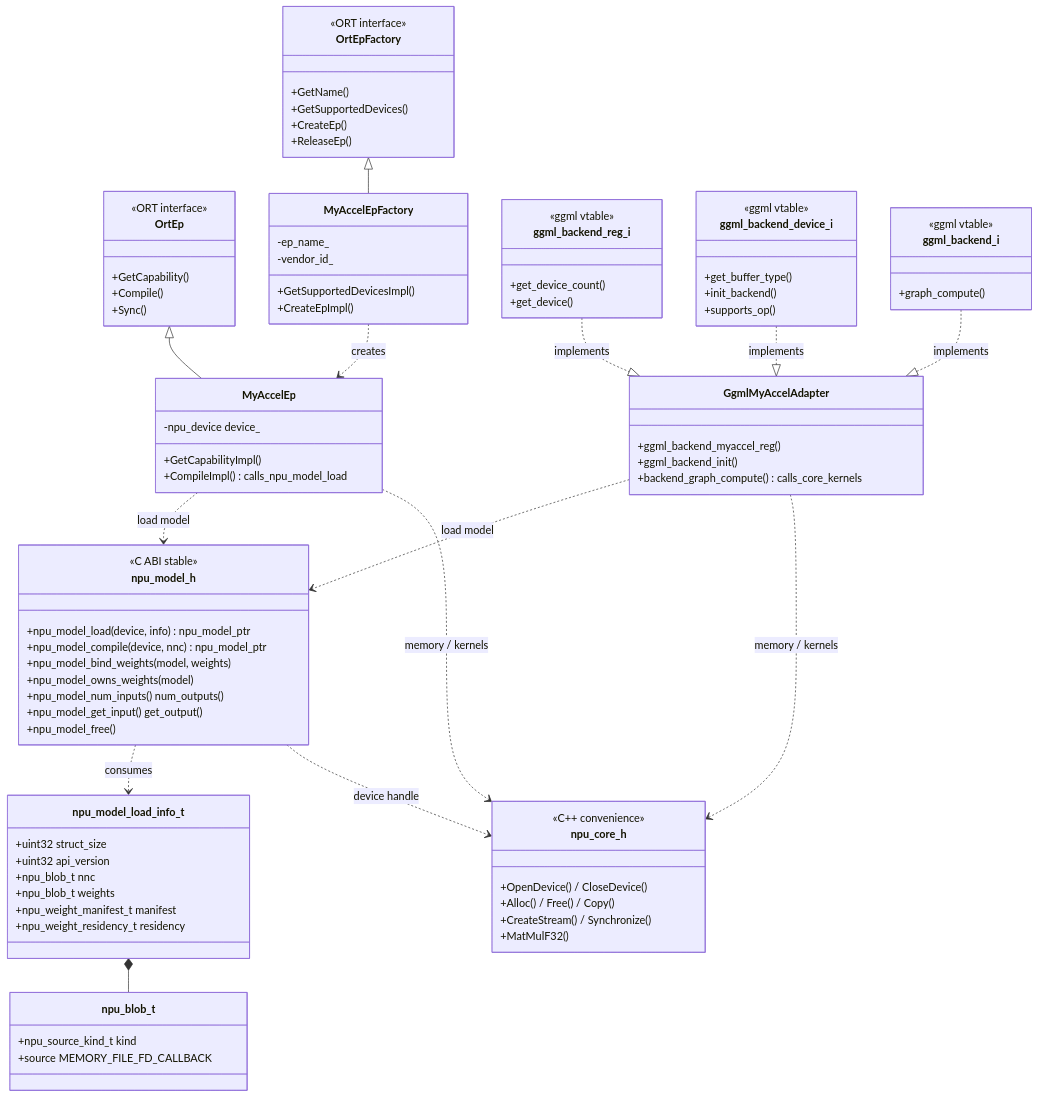
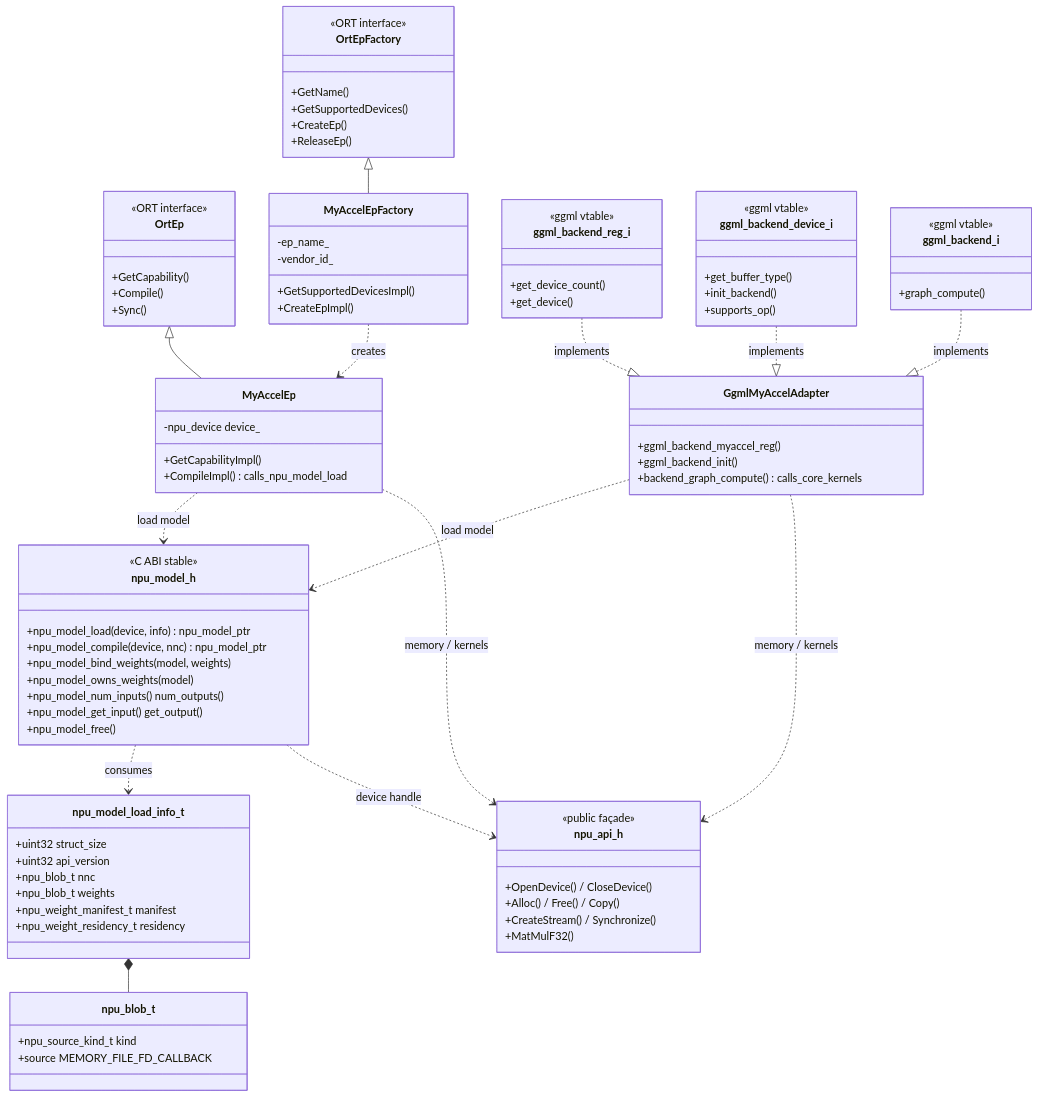
The second of 6 diagrams in shared_backend/docs/design.md (froginaz/onnxruntime), drawn with Mermaid before and after one commit. The commit also changed other lines of this file and 15 other files, not shown here.

First line of the commit message:
Add myaccel::npu public façade; adapters reach NPU only through it

````diff
--- a/shared_backend/docs/design.md
+++ b/shared_backend/docs/design.md
@@ -151,8 +155,8 @@
     npu_model_load_info_t *-- npu_blob_t
 
     %% ---------- shared core: device/memory/kernels ----------
-    class npu_core_h {
-        <<C++ convenience>>
+    class npu_api_h {
+        <<public façade>>
         +OpenDevice() / CloseDevice()
         +Alloc() / Free() / Copy()
         +CreateStream() / Synchronize()
@@ -161,8 +165,8 @@
 
     %% ---------- dependencies ----------
     MyAccelEp ..> npu_model_h : load model
-    MyAccelEp ..> npu_core_h : memory / kernels
+    MyAccelEp ..> npu_api_h : memory / kernels
     GgmlMyAccelAdapter ..> npu_model_h : load model
-    GgmlMyAccelAdapter ..> npu_core_h : memory / kernels
-    npu_model_h ..> npu_core_h : device handle
+    GgmlMyAccelAdapter ..> npu_api_h : memory / kernels
+    npu_model_h ..> npu_api_h : device handle
 ```
````
